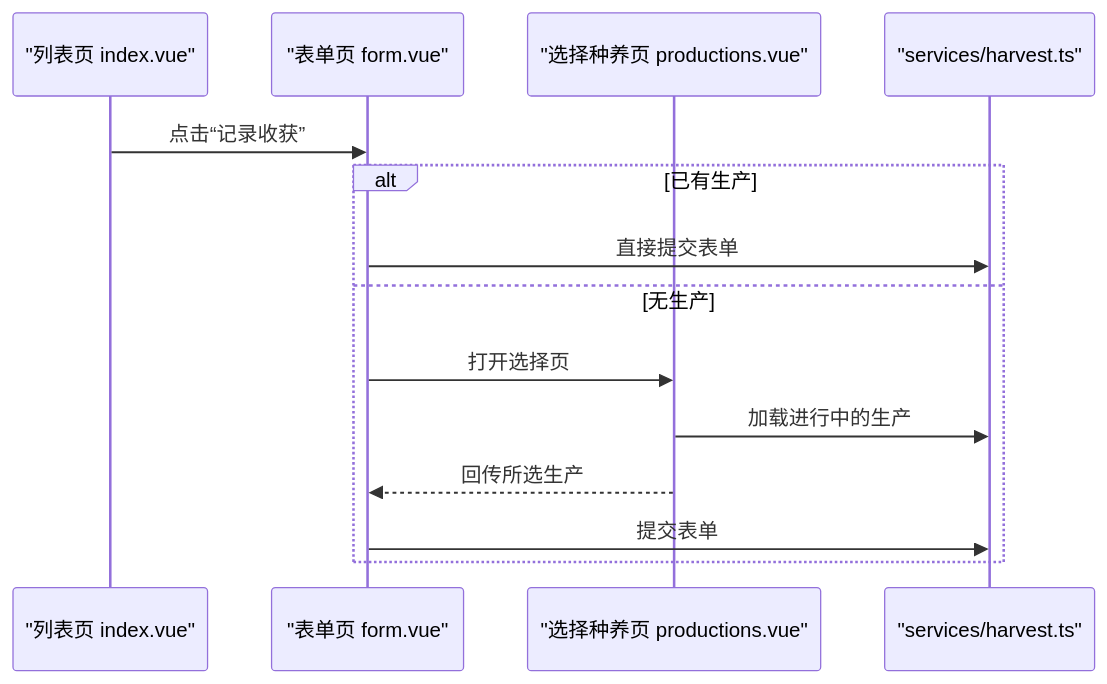
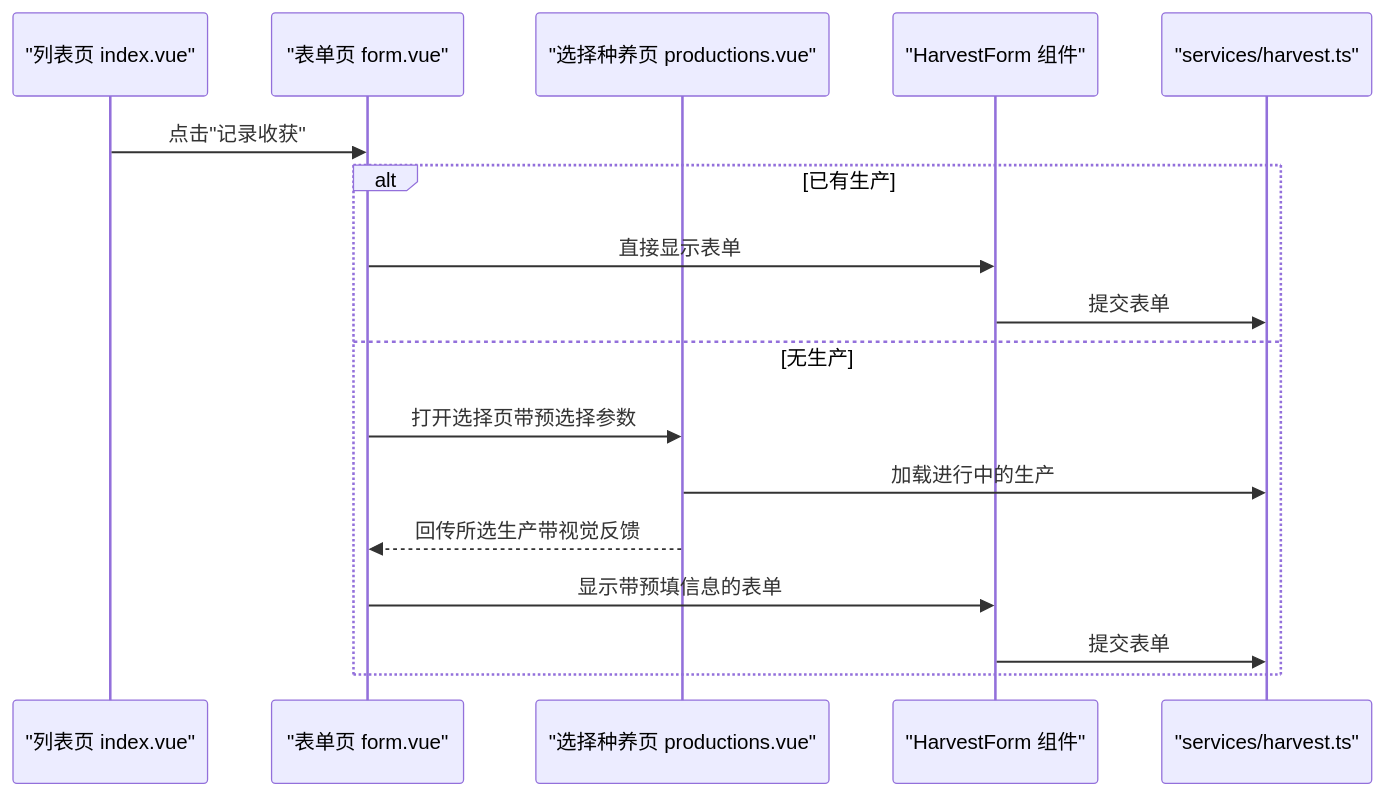
Before and after one commit to wungjyan/pocket-farm: the fifth of 8 diagrams in .qoder/repowiki/zh/content/前端应用/收获管理模块.md, drawn with Mermaid. The commit also changed other lines of this file and 198 other files, not shown here.

````diff
--- a/.qoder/repowiki/zh/content/前端应用/收获管理模块.md
+++ b/.qoder/repowiki/zh/content/前端应用/收获管理模块.md
@@ -274,16 +290,19 @@
 ```mermaid
 sequenceDiagram
 participant L as "列表页 index.vue"
 participant F as "表单页 form.vue"
 participant P as "选择种养页 productions.vue"
+participant H as "HarvestForm 组件"
 participant S as "services/harvest.ts"
-L->>F : 点击“记录收获”
+L->>F : 点击"记录收获"
 alt 已有生产
-F->>S : 直接提交表单
+F->>H : 直接显示表单
+H->>S : 提交表单
 else 无生产
-F->>P : 打开选择页
+F->>P : 打开选择页带预选择参数
 P->>S : 加载进行中的生产
-P-->>F : 回传所选生产
-F->>S : 提交表单
+P-->>F : 回传所选生产带视觉反馈
+F->>H : 显示带预填信息的表单
+H->>S : 提交表单
 end
 ```
````
